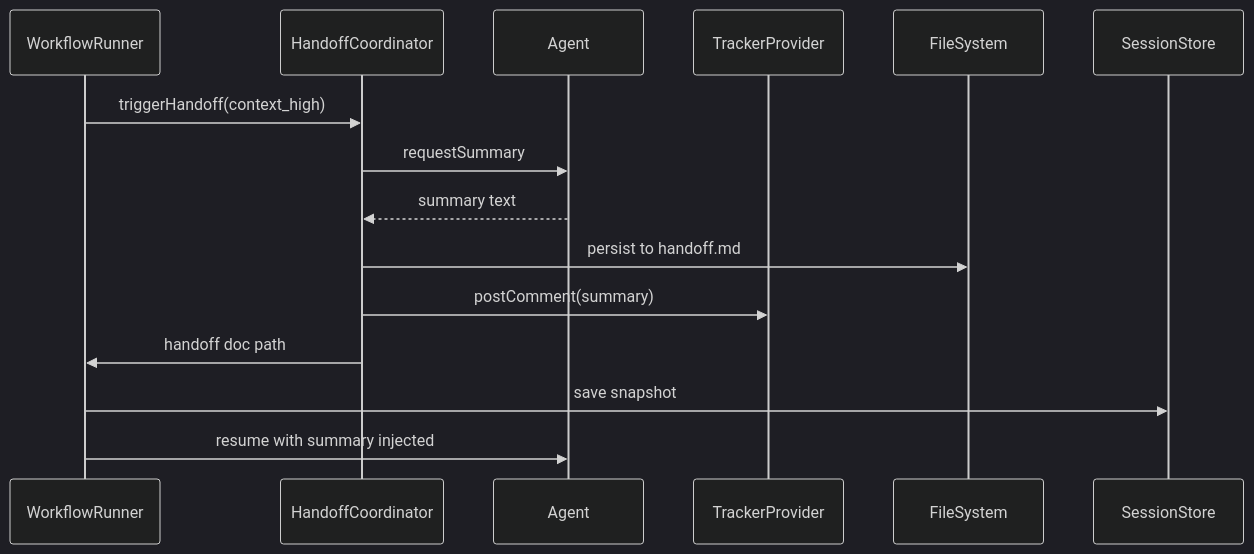
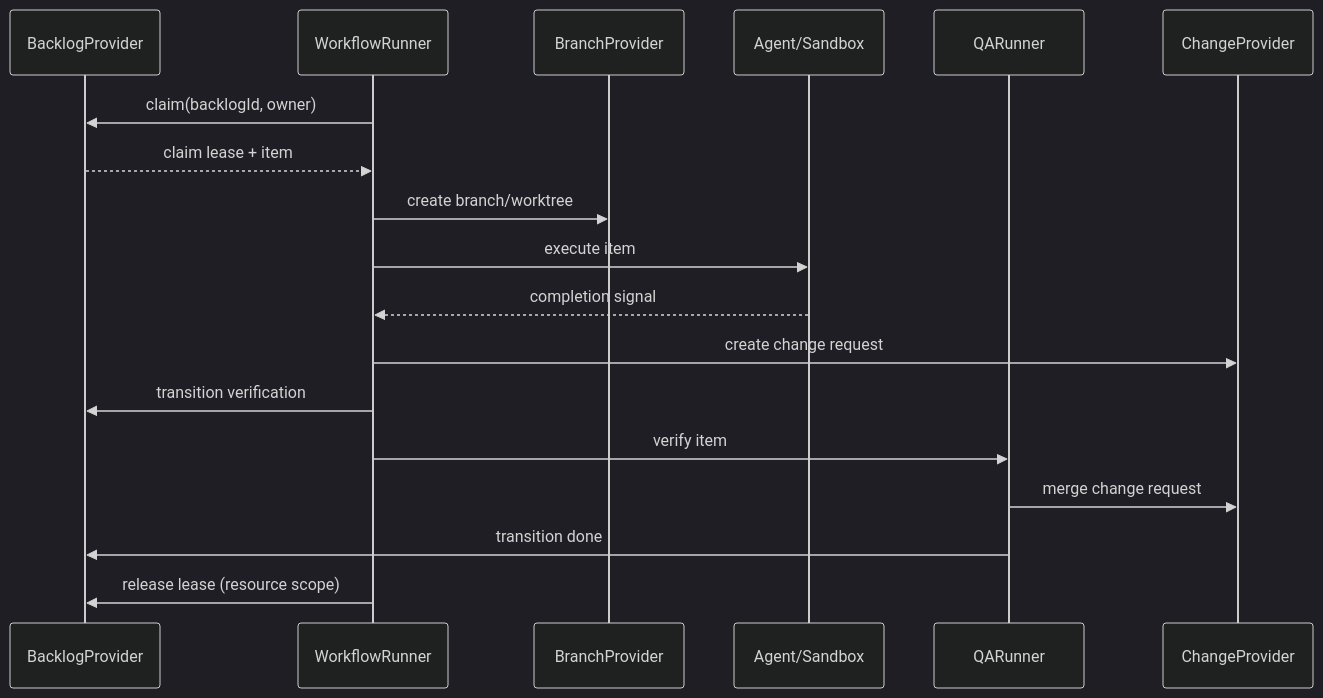
The diagram in docs/ARCHITECTURE.md (easyhaloo/afk), drawn with Mermaid (dark theme) before and after one commit. The commit also changed other lines of this file and 202 other files, not shown here.

````diff
--- a/docs/ARCHITECTURE.md
+++ b/docs/ARCHITECTURE.md
@@ -478,18 +75,21 @@
 ```mermaid
 sequenceDiagram
+    participant P as BacklogProvider
     participant R as WorkflowRunner
-    participant HC as HandoffCoordinator
-    participant A as Agent
-    participant T as TrackerProvider
-    participant FS as FileSystem
-    participant Sess as SessionStore
+    participant B as BranchProvider
+    participant A as Agent/Sandbox
+    participant Q as QARunner
+    participant C as ChangeProvider
 
-    R->>HC: triggerHandoff(context_high)
-    HC->>A: requestSummary
-    A-->>HC: summary text
-    HC->>FS: persist to handoff.md
-    HC->>T: postComment(summary)
-    HC->>R: handoff doc path
-    R->>Sess: save snapshot
-    R->>A: resume with summary injected
+    R->>P: claim(backlogId, owner)
+    P-->>R: claim lease + item
+    R->>B: create branch/worktree
+    R->>A: execute item
+    A-->>R: completion signal
+    R->>C: create change request
+    R->>P: transition verification
+    R->>Q: verify item
+    Q->>C: merge change request
+    Q->>P: transition done
+    R->>P: release lease (resource scope)
 ```
````
